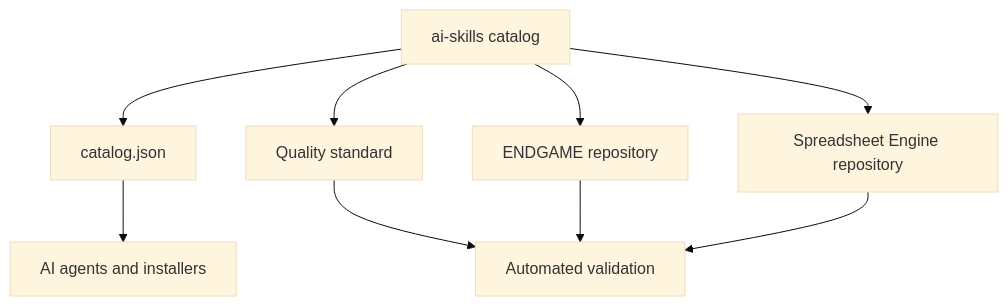
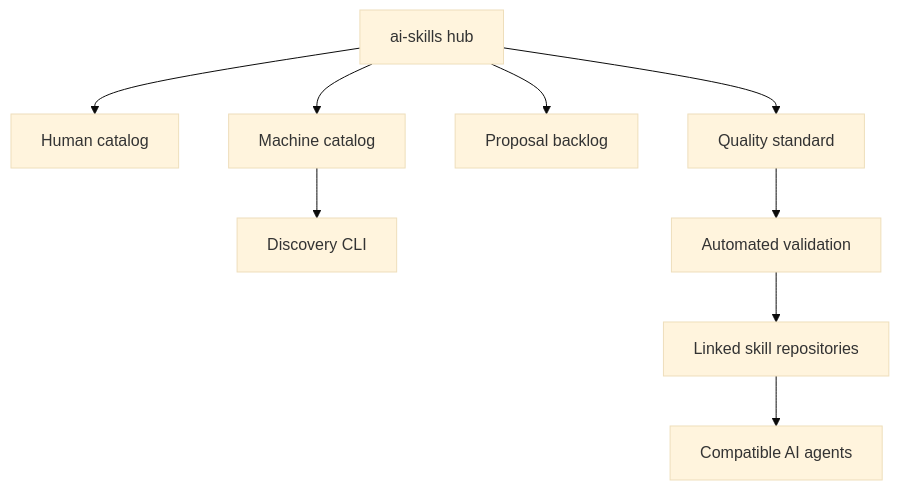
The second of 2 diagrams in README.md (swl126/ai-skills), drawn with Mermaid (base theme) before and after one commit. The commit also changed other lines of this file, not shown here.

Commit message:
Rewrite README as the AI skills ecosystem landing page

````diff
--- a/README.md
+++ b/README.md
@@ -55,11 +121,11 @@
 ```mermaid
 flowchart TD
-    H["ai-skills catalog"] --> C["catalog.json"]
-    H --> S["Quality standard"]
-    H --> E["ENDGAME repository"]
-    H --> U["Spreadsheet Engine repository"]
-    C --> A["AI agents and installers"]
-    S --> V["Automated validation"]
-    E --> V
-    U --> V
+    H["ai-skills hub"] --> HC["Human catalog"]
+    H --> MC["Machine catalog"]
+    H --> PB["Proposal backlog"]
+    H --> QS["Quality standard"]
+    MC --> D["Discovery CLI"]
+    QS --> CI["Automated validation"]
+    CI --> L["Linked skill repositories"]
+    L --> A["Compatible AI agents"]
 ```
````
